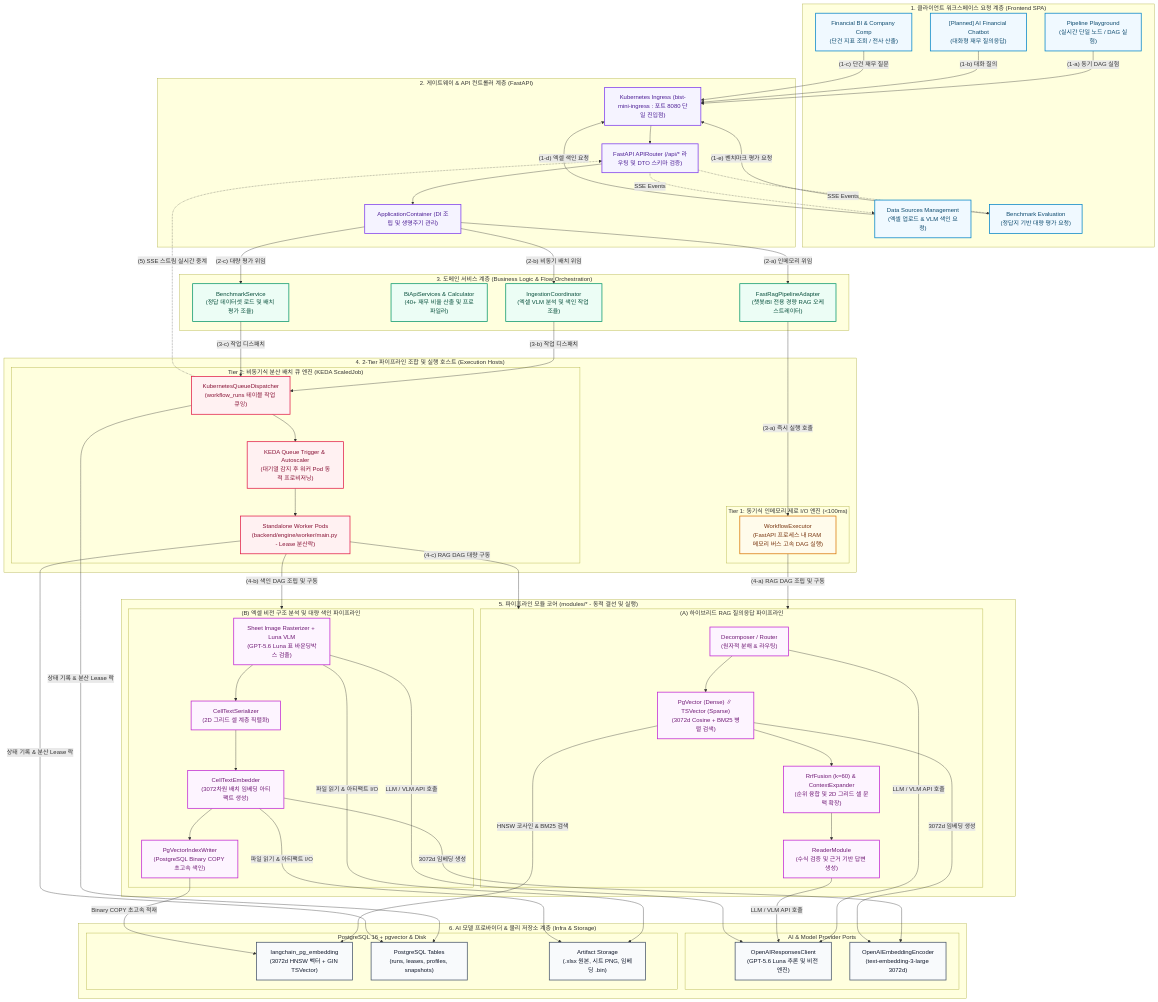
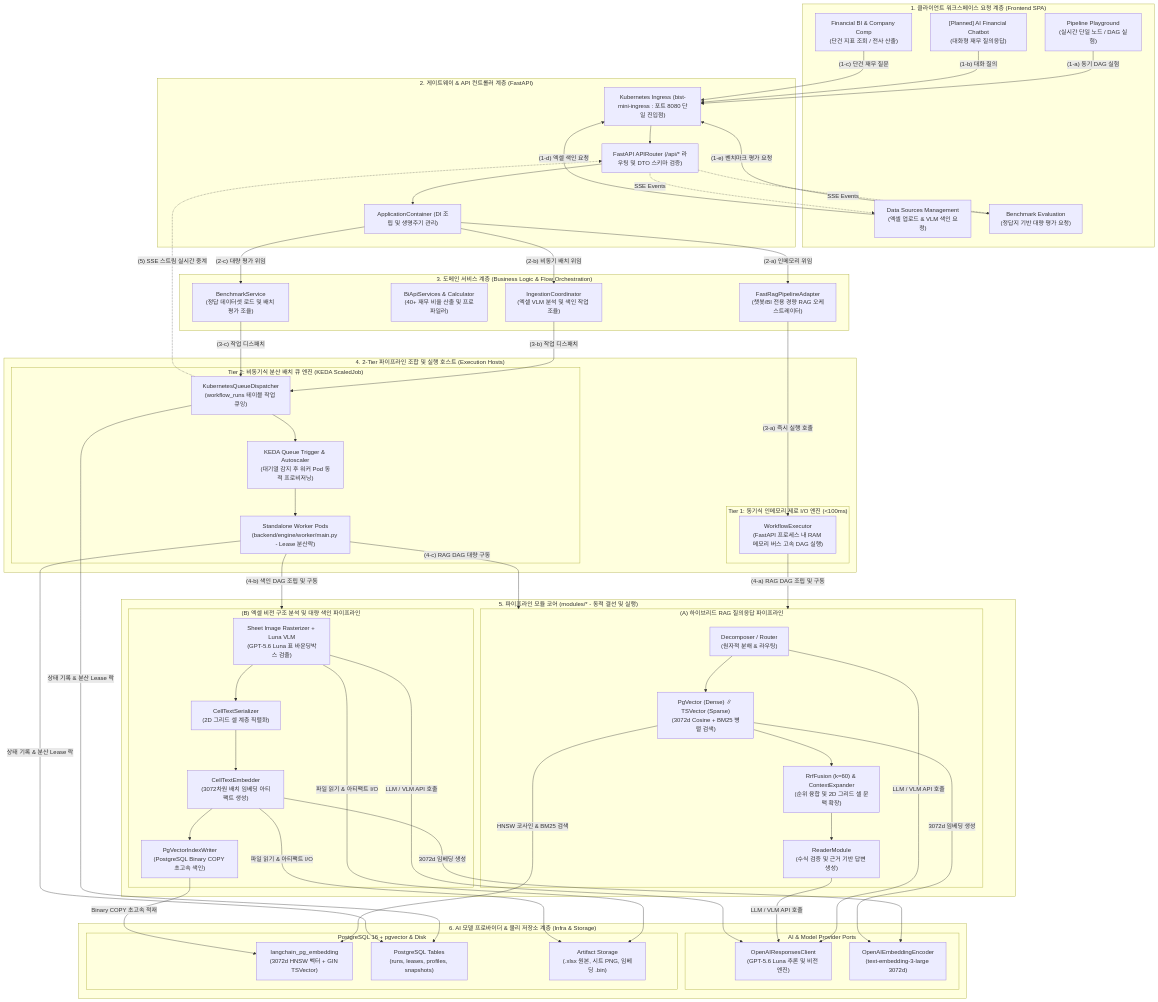
One commit to bist-mini-final/bist-mini-final changed the first of 3 diagrams in docs/01_system_blueprints/BP-101_system_architecture_blueprint.md. Above: the diagram before and after it, drawn with Mermaid. The commit also changed 1 other file, not shown here.

Commit message:
docs: standardize all Mermaid diagrams to clean uncolored default styling

````diff
--- a/docs/01_system_blueprints/BP-101_system_architecture_blueprint.md
+++ b/docs/01_system_blueprints/BP-101_system_architecture_blueprint.md
@@ -11,47 +11,39 @@
 ```mermaid
 flowchart TD
-    classDef client fill:#f0f9ff,stroke:#0284c7,stroke-width:2px,color:#0c4a6e;
-    classDef gw fill:#f5f3ff,stroke:#7c3aed,stroke-width:2px,color:#4c1d95;
-    classDef domain fill:#ecfdf5,stroke:#059669,stroke-width:2px,color:#064e3b;
-    classDef t1 fill:#fffbeb,stroke:#d97706,stroke-width:2px,color:#78350f;
-    classDef t2 fill:#fff1f2,stroke:#e11d48,stroke-width:2px,color:#881337;
-    classDef dag fill:#fdf4ff,stroke:#c026d3,stroke-width:2px,color:#701a75;
-    classDef infra fill:#f8fafc,stroke:#475569,stroke-width:2px,color:#0f172a;
-
     %% 1. 클라이언트 요청 계층
     subgraph L1_Client ["1. 클라이언트 워크스페이스 요청 계층 (Frontend SPA)"]
-        UI_PLAY["Pipeline Playground<br>(실시간 단일 노드 / DAG 실험)"]:::client
-        UI_CHAT["[Planned] AI Financial Chatbot<br>(대화형 재무 질의응답)"]:::client
-        UI_BI["Financial BI & Company Comp<br>(단건 지표 조회 / 전사 산출)"]:::client
-        UI_INGEST["Data Sources Management<br>(엑셀 업로드 & VLM 색인 요청)"]:::client
-        UI_BENCH["Benchmark Evaluation<br>(정답지 기반 대량 평가 요청)"]:::client
+        UI_PLAY["Pipeline Playground<br>(실시간 단일 노드 / DAG 실험)"]
+        UI_CHAT["[Planned] AI Financial Chatbot<br>(대화형 재무 질의응답)"]
+        UI_BI["Financial BI & Company Comp<br>(단건 지표 조회 / 전사 산출)"]
+        UI_INGEST["Data Sources Management<br>(엑셀 업로드 & VLM 색인 요청)"]
+        UI_BENCH["Benchmark Evaluation<br>(정답지 기반 대량 평가 요청)"]
     end
 
     %% 2. 게이트웨이 및 API 라우팅
     subgraph L2_Gateway ["2. 게이트웨이 & API 컨트롤러 계층 (FastAPI)"]
-        INGRESS["Kubernetes Ingress (bist-mini-ingress : 포트 8080 단일 진입점)"]:::gw
-        ROUTER["FastAPI APIRouter (/api/* 라우팅 및 DTO 스키마 검증)"]:::gw
-        CONTAINER["ApplicationContainer (DI 조립 및 생명주기 관리)"]:::gw
+        INGRESS["Kubernetes Ingress (bist-mini-ingress : 포트 8080 단일 진입점)"]
+        ROUTER["FastAPI APIRouter (/api/* 라우팅 및 DTO 스키마 검증)"]
+        CONTAINER["ApplicationContainer (DI 조립 및 생명주기 관리)"]
         INGRESS --> ROUTER --> CONTAINER
     end
 
     %% 3. 도메인 서비스 및 오케스트레이터 계층
     subgraph L3_Domain ["3. 도메인 서비스 계층 (Business Logic & Flow Orchestration)"]
-        FAST_RAG["FastRagPipelineAdapter<br>(챗봇/BI 전용 경량 RAG 오케스트레이터)"]:::domain
-        BI_SVC["BiApiServices & Calculator<br>(40+ 재무 비율 산출 및 프로파일러)"]:::domain
-        INGEST_SVC["IngestionCoordinator<br>(엑셀 VLM 분석 및 색인 작업 조율)"]:::domain
-        BENCH_SVC["BenchmarkService<br>(정답 데이터셋 로드 및 배치 평가 조율)"]:::domain
+        FAST_RAG["FastRagPipelineAdapter<br>(챗봇/BI 전용 경량 RAG 오케스트레이터)"]
+        BI_SVC["BiApiServices & Calculator<br>(40+ 재무 비율 산출 및 프로파일러)"]
+        INGEST_SVC["IngestionCoordinator<br>(엑셀 VLM 분석 및 색인 작업 조율)"]
+        BENCH_SVC["BenchmarkService<br>(정답 데이터셋 로드 및 배치 평가 조율)"]
     end
 
     %% 4. 2-Tier 실행 호스트 분기 계층
     subgraph L4_Hosts ["4. 2-Tier 파이프라인 조합 및 실행 호스트 (Execution Hosts)"]
         subgraph Tier1_Host ["Tier 1: 동기식 인메모리 제로 I/O 엔진 (<100ms)"]
-            T1_EXEC["WorkflowExecutor<br>(FastAPI 프로세스 내 RAM 메모리 버스 고속 DAG 실행)"]:::t1
+            T1_EXEC["WorkflowExecutor<br>(FastAPI 프로세스 내 RAM 메모리 버스 고속 DAG 실행)"]
         end
         subgraph Tier2_Host ["Tier 2: 비동기식 분산 배치 큐 엔진 (KEDA ScaledJob)"]
-            DISPATCHER["KubernetesQueueDispatcher<br>(workflow_runs 테이블 작업 큐잉)"]:::t2
-            KEDA_QUEUE["KEDA Queue Trigger & Autoscaler<br>(대기열 감지 후 워커 Pod 동적 프로비저닝)"]:::t2
-            WORKER_PODS["Standalone Worker Pods<br>(backend/engine/worker/main.py - Lease 분산락)"]:::t2
+            DISPATCHER["KubernetesQueueDispatcher<br>(workflow_runs 테이블 작업 큐잉)"]
+            KEDA_QUEUE["KEDA Queue Trigger & Autoscaler<br>(대기열 감지 후 워커 Pod 동적 프로비저닝)"]
+            WORKER_PODS["Standalone Worker Pods<br>(backend/engine/worker/main.py - Lease 분산락)"]
             DISPATCHER --> KEDA_QUEUE --> WORKER_PODS
         end
     end
@@ -59,18 +51,18 @@
     %% 5. 순수 파이프라인 모듈 코어 (동적으로 조립되는 DAG 파이프라인)
     subgraph L5_DAGs ["5. 파이프라인 모듈 코어 (modules/* - 동적 결선 및 실행)"]
         subgraph DAG_RAG ["(A) 하이브리드 RAG 질의응답 파이프라인"]
-            M_DEC["Decomposer / Router<br>(원자적 분해 & 라우팅)"]:::dag
-            M_RET["PgVector (Dense) ∥ TSVector (Sparse)<br>(3072d Cosine + BM25 병렬 검색)"]:::dag
-            M_FUS["RrfFusion (k=60) & ContextExpander<br>(순위 융합 및 2D 그리드 셀 문맥 확장)"]:::dag
-            M_READ["ReaderModule<br>(수식 검증 및 근거 기반 답변 생성)"]:::dag
+            M_DEC["Decomposer / Router<br>(원자적 분해 & 라우팅)"]
+            M_RET["PgVector (Dense) ∥ TSVector (Sparse)<br>(3072d Cosine + BM25 병렬 검색)"]
+            M_FUS["RrfFusion (k=60) & ContextExpander<br>(순위 융합 및 2D 그리드 셀 문맥 확장)"]
+            M_READ["ReaderModule<br>(수식 검증 및 근거 기반 답변 생성)"]
             M_DEC --> M_RET --> M_FUS --> M_READ
         end
 
         subgraph DAG_INGEST ["(B) 엑셀 비전 구조 분석 및 대량 색인 파이프라인"]
-            M_VLM["Sheet Image Rasterizer + Luna VLM<br>(GPT-5.6 Luna 표 바운딩박스 검출)"]:::dag
-            M_SER["CellTextSerializer<br>(2D 그리드 셀 계층 직렬화)"]:::dag
-            M_EMB["CellTextEmbedder<br>(3072차원 배치 임베딩 아티팩트 생성)"]:::dag
-            M_COPY["PgVectorIndexWriter<br>(PostgreSQL Binary COPY 초고속 색인)"]:::dag
+            M_VLM["Sheet Image Rasterizer + Luna VLM<br>(GPT-5.6 Luna 표 바운딩박스 검출)"]
+            M_SER["CellTextSerializer<br>(2D 그리드 셀 계층 직렬화)"]
+            M_EMB["CellTextEmbedder<br>(3072차원 배치 임베딩 아티팩트 생성)"]
+            M_COPY["PgVectorIndexWriter<br>(PostgreSQL Binary COPY 초고속 색인)"]
             M_VLM --> M_SER --> M_EMB --> M_COPY
         end
     end
@@ -78,13 +70,13 @@
     %% 6. 외부 AI 프로바이더 및 물리 영속성 계층
     subgraph L6_Infra ["6. AI 모델 프로바이더 & 물리 저장소 계층 (Infra & Storage)"]
         subgraph AI_PROV ["AI & Model Provider Ports"]
-            OAI_LLM["OpenAIResponsesClient<br>(GPT-5.6 Luna 추론 및 비전 엔진)"]:::infra
-            OAI_EMB["OpenAIEmbeddingEncoder<br>(text-embedding-3-large 3072d)"]:::infra
+            OAI_LLM["OpenAIResponsesClient<br>(GPT-5.6 Luna 추론 및 비전 엔진)"]
+            OAI_EMB["OpenAIEmbeddingEncoder<br>(text-embedding-3-large 3072d)"]
         end
         subgraph PERSIST ["PostgreSQL 16 + pgvector & Disk"]
-            PG_VEC["langchain_pg_embedding<br>(3072d HNSW 벡터 + GIN TSVector)"]:::infra
-            PG_META["PostgreSQL Tables<br>(runs, leases, profiles, snapshots)"]:::infra
-            DISK_FS["Artifact Storage<br>(.xlsx 원본, 시트 PNG, 임베딩 .bin)"]:::infra
+            PG_VEC["langchain_pg_embedding<br>(3072d HNSW 벡터 + GIN TSVector)"]
+            PG_META["PostgreSQL Tables<br>(runs, leases, profiles, snapshots)"]
+            DISK_FS["Artifact Storage<br>(.xlsx 원본, 시트 PNG, 임베딩 .bin)"]
         end
     end
 
````
